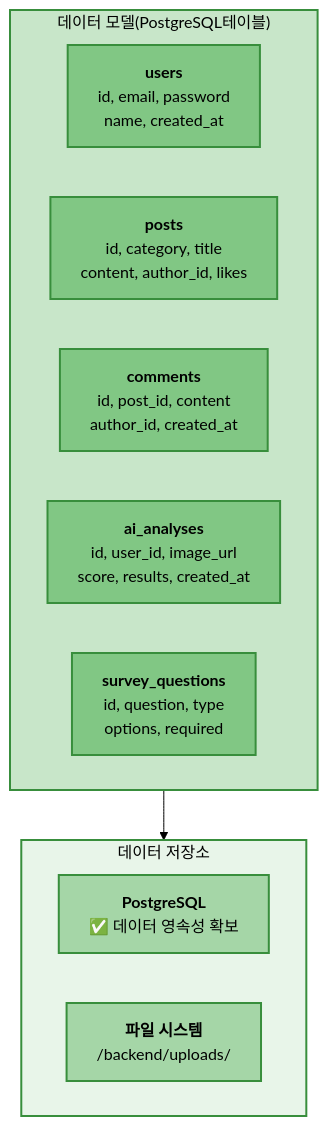
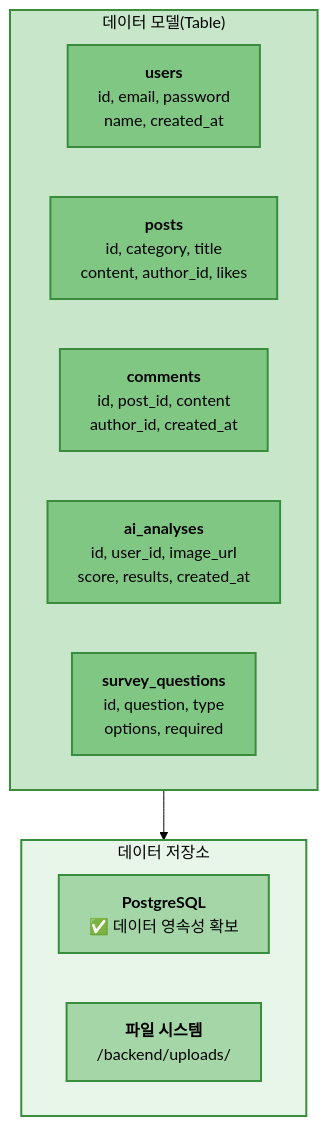
Before and after one commit to kyoe-23/DeepLearning_project: the fourth of 7 diagrams in Architecture.md, drawn with Mermaid (forest theme).

Commit message:
테이블 수정

````diff
--- a/Architecture.md
+++ b/Architecture.md
@@ -127,29 +127,29 @@
 ```mermaid
 graph TB
     subgraph STORAGE["데이터 저장소"]
         direction LR
         POSTGRES["<b>PostgreSQL</b><br/>✅ 데이터 영속성 확보"]
         FILES["<b>파일 시스템</b><br/>/backend/uploads/"]
     end
 
-    subgraph MODELS["데이터 모델(PostgreSQL테이블)"]
+    subgraph MODELS["데이터 모델(Table)"]
         direction LR
         USERS["<b>users</b><br/>id, email, password<br/>name, created_at"]
         POSTS["<b>posts</b><br/>id, category, title<br/>content, author_id, likes"]
         COMMENTS["<b>comments</b><br/>id, post_id, content<br/>author_id, created_at"]
         ANALYSES["<b>ai_analyses</b><br/>id, user_id, image_url<br/>score, results, created_at"]
         SURVEYS["<b>survey_questions</b><br/>id, question, type<br/>options, required"]
     end
 
     MODELS --> STORAGE
 
     style STORAGE fill:#E8F5E9,stroke:#388E3C,stroke-width:2px,color:#000
     style MODELS fill:#C8E6C9,stroke:#388E3C,stroke-width:2px,color:#000
     style POSTGRES fill:#A5D6A7,stroke:#388E3C,stroke-width:2px,color:#000
     style FILES fill:#A5D6A7,stroke:#388E3C,stroke-width:2px,color:#000
     style USERS fill:#81C784,stroke:#388E3C,stroke-width:2px,color:#000
     style POSTS fill:#81C784,stroke:#388E3C,stroke-width:2px,color:#000
     style COMMENTS fill:#81C784,stroke:#388E3C,stroke-width:2px,color:#000
     style ANALYSES fill:#81C784,stroke:#388E3C,stroke-width:2px,color:#000
     style SURVEYS fill:#81C784,stroke:#388E3C,stroke-width:2px,color:#000
 ```
````
